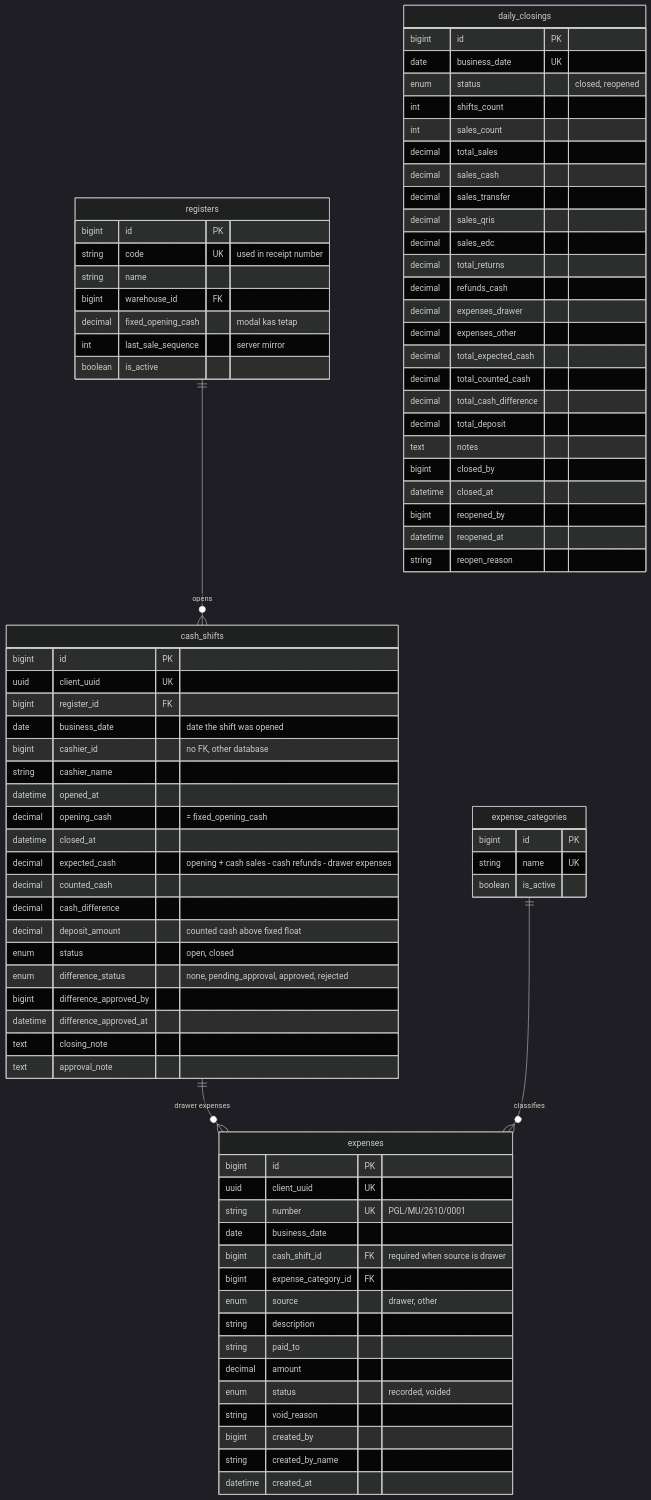
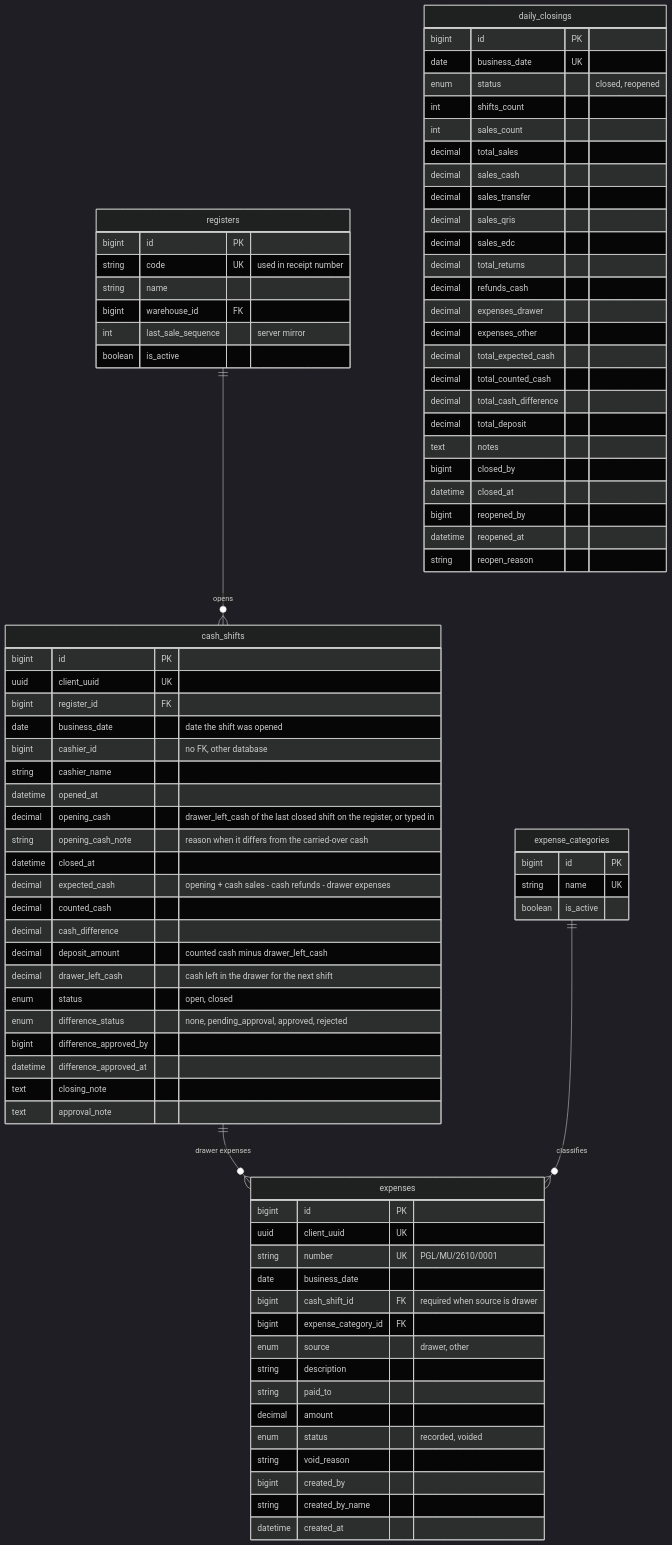
Diagram 29 of 30 in docs/analisis-sistem.md (aliefpraditya/store-management), drawn with Mermaid (dark theme) before and after one commit. The commit also changed other lines of this file and 35 other files, not shown here.

First line of the commit message:
Carry the drawer cash from one shift to the next instead of a fixed opening cash

```diff
--- a/docs/analisis-sistem.md
+++ b/docs/analisis-sistem.md
@@ -1496,7 +1496,6 @@
         string code UK "used in receipt number"
         string name
         bigint warehouse_id FK
-        decimal fixed_opening_cash "modal kas tetap"
         int last_sale_sequence "server mirror"
         boolean is_active
     }
@@ -1508,12 +1507,14 @@
         bigint cashier_id "no FK, other database"
         string cashier_name
         datetime opened_at
-        decimal opening_cash "= fixed_opening_cash"
+        decimal opening_cash "drawer_left_cash of the last closed shift on the register, or typed in"
+        string opening_cash_note "reason when it differs from the carried-over cash"
         datetime closed_at
         decimal expected_cash "opening + cash sales - cash refunds - drawer expenses"
         decimal counted_cash
         decimal cash_difference
-        decimal deposit_amount "counted cash above fixed float"
+        decimal deposit_amount "counted cash minus drawer_left_cash"
+        decimal drawer_left_cash "cash left in the drawer for the next shift"
         enum status "open, closed"
         enum difference_status "none, pending_approval, approved, rejected"
         bigint difference_approved_by
```
